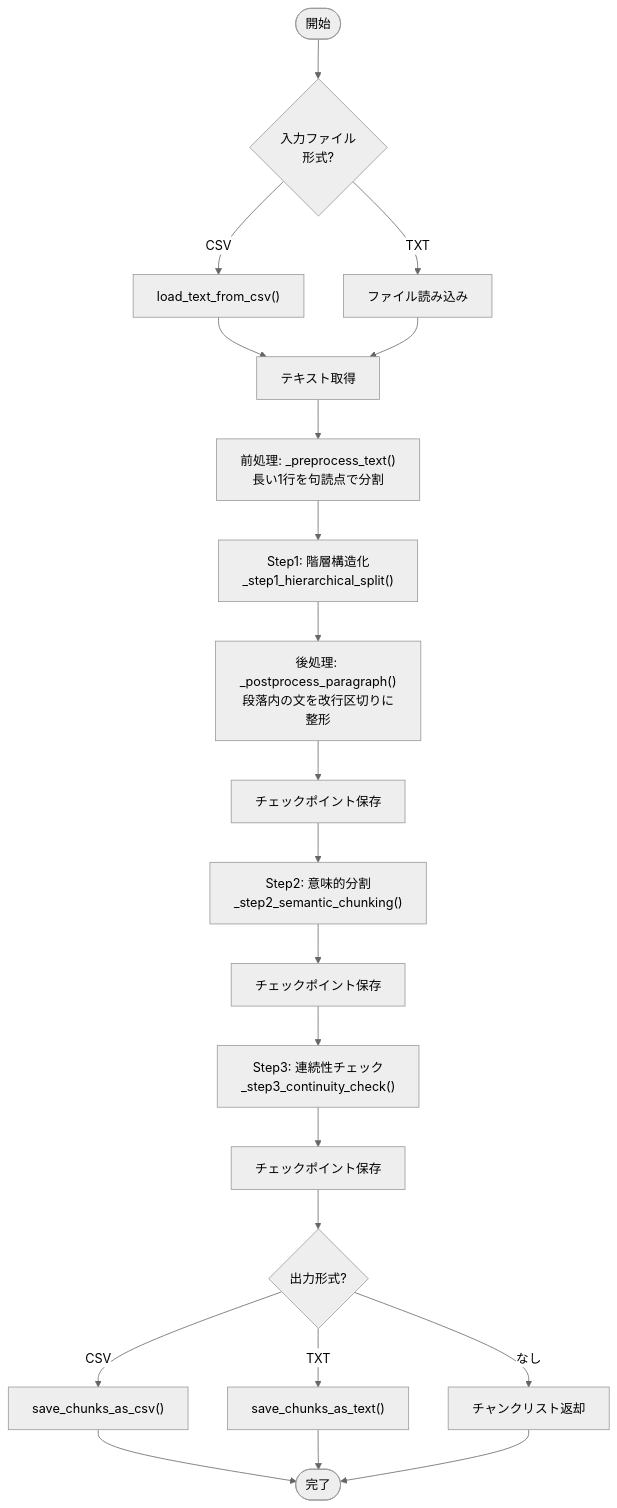
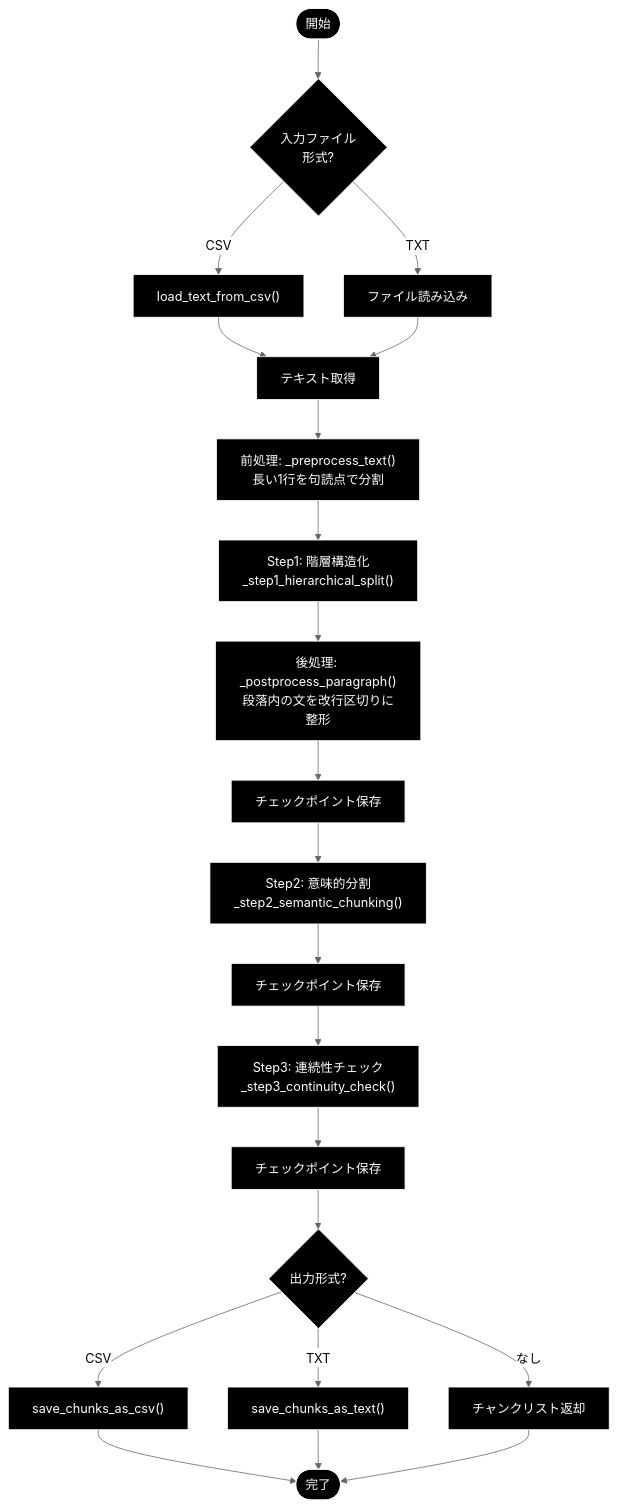
The sixth of 7 diagrams in chunking/doc/csv_text_to_chunks_text_csv.md (nakashima2toshio/ollama_grace_agent_v2), drawn with Mermaid (neutral theme) before and after one commit. The commit also changed other lines of this file and 13 other files, not shown here.

````diff
--- a/chunking/doc/csv_text_to_chunks_text_csv.md
+++ b/chunking/doc/csv_text_to_chunks_text_csv.md
@@ -1078,28 +1113,31 @@
 ```mermaid
 flowchart TB
     START(["開始"]) --> INPUT{"入力ファイル<br/>形式?"}
 
     INPUT -->|CSV| LOAD_CSV["load_text_from_csv()"]
     INPUT -->|TXT| LOAD_TXT["ファイル読み込み"]
 
     LOAD_CSV --> TEXT["テキスト取得"]
     LOAD_TXT --> TEXT
 
     TEXT --> PREPROC["前処理: _preprocess_text()<br/>長い1行を句読点で分割"]
     PREPROC --> STEP1["Step1: 階層構造化<br/>_step1_hierarchical_split()"]
     STEP1 --> POSTPROC["後処理: _postprocess_paragraph()<br/>段落内の文を改行区切りに整形"]
     POSTPROC --> CP1["チェックポイント保存"]
     CP1 --> STEP2["Step2: 意味的分割<br/>_step2_semantic_chunking()"]
     STEP2 --> CP2["チェックポイント保存"]
     CP2 --> STEP3["Step3: 連続性チェック<br/>_step3_continuity_check()"]
     STEP3 --> CP3["チェックポイント保存"]
 
     CP3 --> OUTPUT{"出力形式?"}
     OUTPUT -->|CSV| SAVE_CSV["save_chunks_as_csv()"]
     OUTPUT -->|TXT| SAVE_TXT["save_chunks_as_text()"]
     OUTPUT -->|なし| RETURN["チャンクリスト返却"]
 
     SAVE_CSV --> END(["完了"])
     SAVE_TXT --> END
     RETURN --> END
+classDef default fill:#000,stroke:#fff,color:#fff
+classDef subgraphStyle fill:#1a1a1a,stroke:#fff,color:#fff
+class START,INPUT,LOAD_CSV,LOAD_TXT,TEXT,PREPROC,STEP1,POSTPROC,CP1,STEP2,CP2,STEP3,CP3,OUTPUT,SAVE_CSV,SAVE_TXT,RETURN,END default
 ```
````
